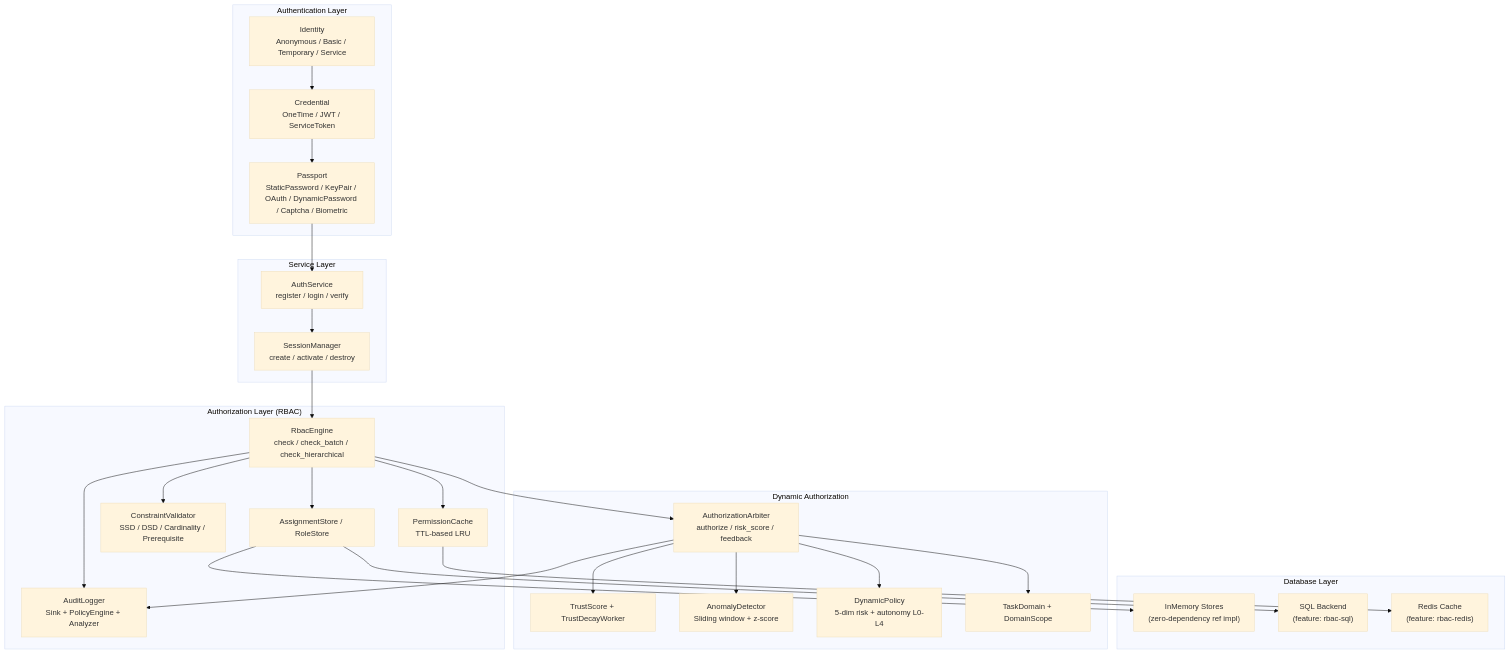
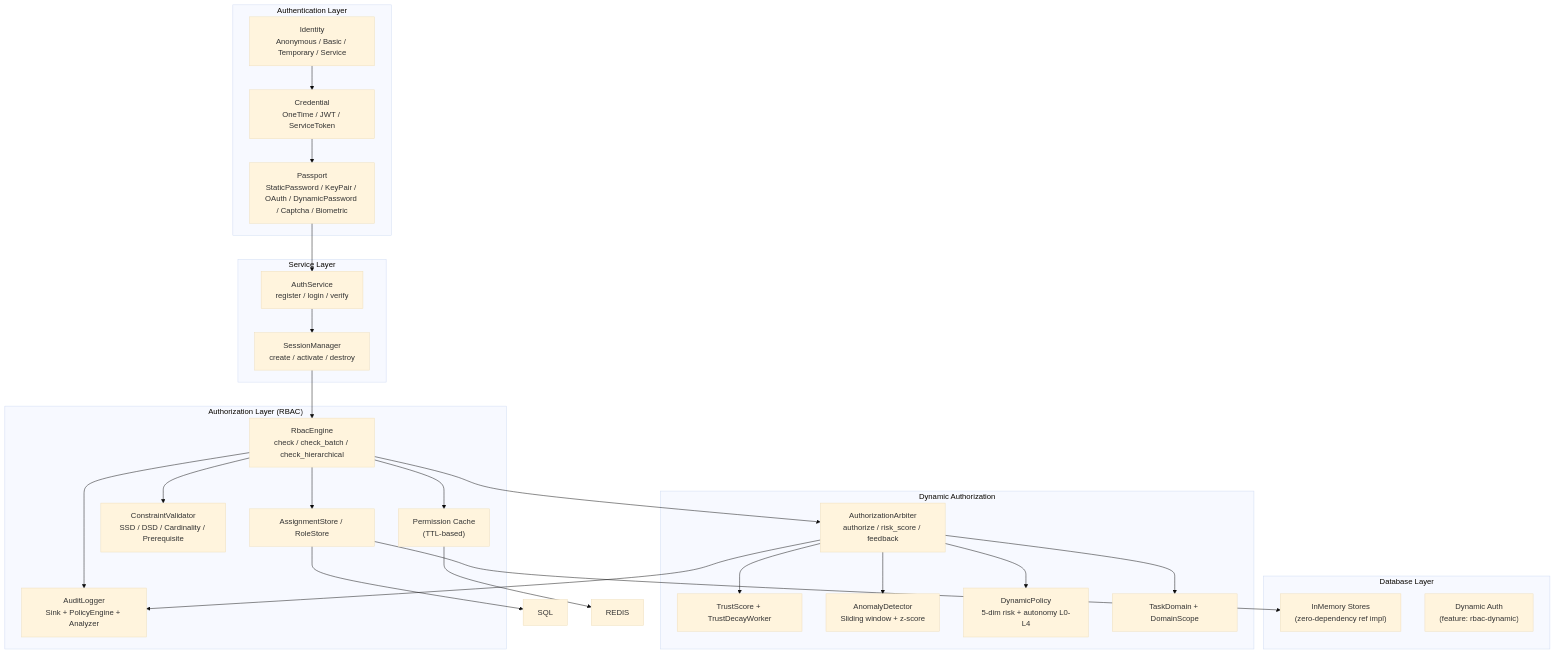
The first of 5 diagrams in README.md (langyo/kirino), drawn with Mermaid (base theme) before and after one commit. The commit also changed other lines of this file and 78 other files, not shown here.

````diff
--- a/README.md
+++ b/README.md
@@ -163,51 +160,51 @@
 ```mermaid
 graph TD
     subgraph SERVICE["Service Layer"]
         AUTH["AuthService<br/>register / login / verify"]
         SESSION["SessionManager<br/>create / activate / destroy"]
     end
 
     subgraph AUTHN["Authentication Layer"]
         IDENTITY["Identity<br/>Anonymous / Basic / Temporary / Service"]
         CREDENTIAL["Credential<br/>OneTime / JWT / ServiceToken"]
         PASSPORT["Passport<br/>StaticPassword / KeyPair / OAuth / DynamicPassword / Captcha / Biometric"]
     end
 
     subgraph AUTHZ["Authorization Layer (RBAC)"]
         ENGINE["RbacEngine<br/>check / check_batch / check_hierarchical"]
         STORE["AssignmentStore / RoleStore"]
         CONSTRAINTS["ConstraintValidator<br/>SSD / DSD / Cardinality / Prerequisite"]
         CACHE["PermissionCache<br/>TTL-based LRU"]
         AUDIT["AuditLogger<br/>Sink + PolicyEngine + Analyzer"]
     end
 
     subgraph DYN["Dynamic Authorization"]
         ARBITER["AuthorizationArbiter<br/>authorize / risk_score / feedback"]
         TRUST["TrustScore + TrustDecayWorker"]
         ANOMALY["AnomalyDetector<br/>Sliding window + z-score"]
         POLICY["DynamicPolicy<br/>5-dim risk + autonomy L0-L4"]
         DOMAIN["TaskDomain + DomainScope"]
     end
 
     subgraph DB["Database Layer"]
         MEMORY["InMemory Stores<br/>(zero-dependency ref impl)"]
-        SQL["SQL Backend<br/>(feature: rbac-sql)"]
-        REDIS["Redis Cache<br/>(feature: rbac-redis)"]
+        DYNAMIC["Dynamic Auth<br/>(feature: rbac-dynamic)"]
+        CACHE["Permission Cache<br/>(TTL-based)"]
     end
 
     IDENTITY --> CREDENTIAL --> PASSPORT --> AUTH --> SESSION
     SESSION --> ENGINE
     ENGINE --> STORE
     ENGINE --> CONSTRAINTS
     ENGINE --> CACHE
     ENGINE --> AUDIT
     ENGINE --> ARBITER
     ARBITER --> TRUST
     ARBITER --> ANOMALY
     ARBITER --> POLICY
     ARBITER --> DOMAIN
     ARBITER --> AUDIT
     STORE --> MEMORY
     STORE --> SQL
     CACHE --> REDIS
 ```
````
